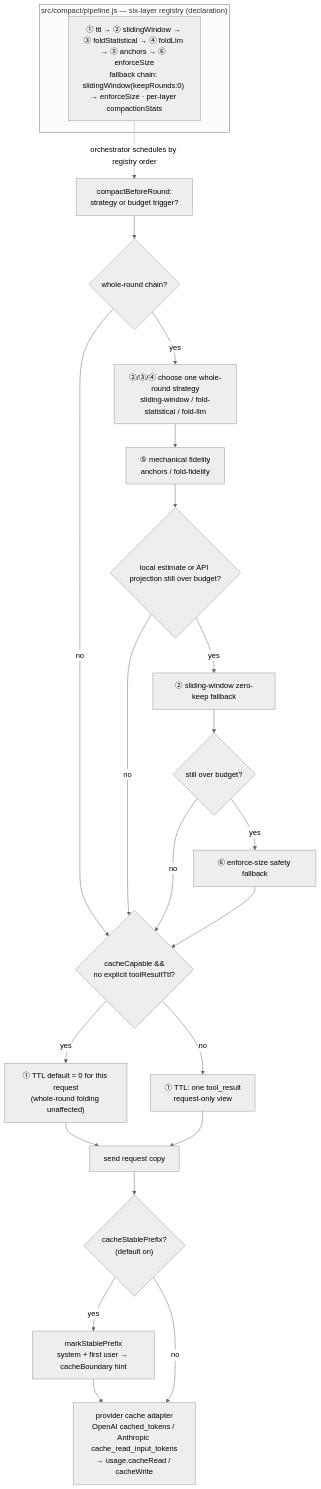
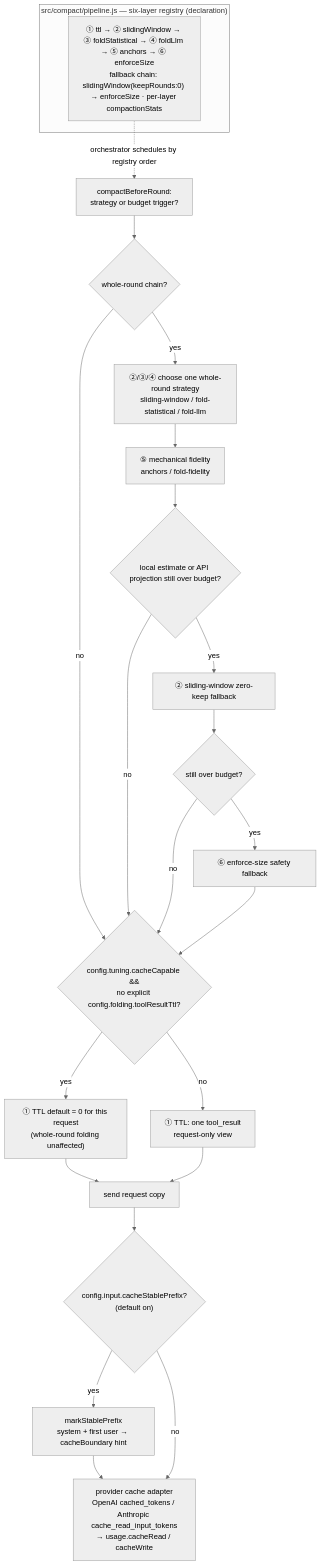
The fourth of 5 diagrams in docs/charts.md (ErixWong/erix-agent), drawn with Mermaid (neutral theme) before and after one commit. The commit also changed other lines of this file and 1 other file, not shown here.

First line of the commit message:
docs(#523): charts 中英把缓存/折叠/TTL 的选项拼写改成规位形态

````diff
--- a/docs/charts.md
+++ b/docs/charts.md
@@ -264,26 +264,26 @@
 ```mermaid
 flowchart TD
     subgraph reg["src/compact/pipeline.js — six-layer registry (declaration)"]
         REG["① ttl → ② slidingWindow → ③ foldStatistical → ④ foldLlm → ⑤ anchors → ⑥ enforceSize<br/>fallback chain: slidingWindow(keepRounds:0) → enforceSize · per-layer compactionStats"]
     end
     REG -. "orchestrator schedules by registry order" .-> A
     A["compactBeforeRound:<br/>strategy or budget trigger?"] --> B{"whole-round chain?"}
-    B -- no --> CC{"cacheCapable &&<br/>no explicit toolResultTtl?"}
+    B -- no --> CC{"config.tuning.cacheCapable &&<br/>no explicit config.folding.toolResultTtl?"}
     B -- yes --> C["②/③/④ choose one whole-round strategy<br/>sliding-window / fold-statistical / fold-llm"]
     C --> D["⑤ mechanical fidelity<br/>anchors / fold-fidelity"]
     D --> F{"local estimate or API projection still over budget?"}
     F -- no --> CC
     F -- yes --> G["② sliding-window zero-keep fallback"]
     G --> H{"still over budget?"}
     H -- no --> CC
     H -- yes --> I["⑥ enforce-size safety fallback"]
     I --> CC
     CC -- yes --> T0["① TTL default = 0 for this request<br/>(whole-round folding unaffected)"]
     CC -- no --> J["① TTL: one tool_result<br/>request-only view"]
     T0 --> Z["send request copy"]
     J --> Z
-    Z --> SP{"cacheStablePrefix?<br/>(default on)"}
+    Z --> SP{"config.input.cacheStablePrefix?<br/>(default on)"}
     SP -- yes --> SPM["markStablePrefix<br/>system + first user → cacheBoundary hint"]
     SPM --> ADAPT["provider cache adapter<br/>OpenAI cached_tokens / Anthropic cache_read_input_tokens<br/>→ usage.cacheRead / cacheWrite"]
     SP -- no --> ADAPT
 ```
````
